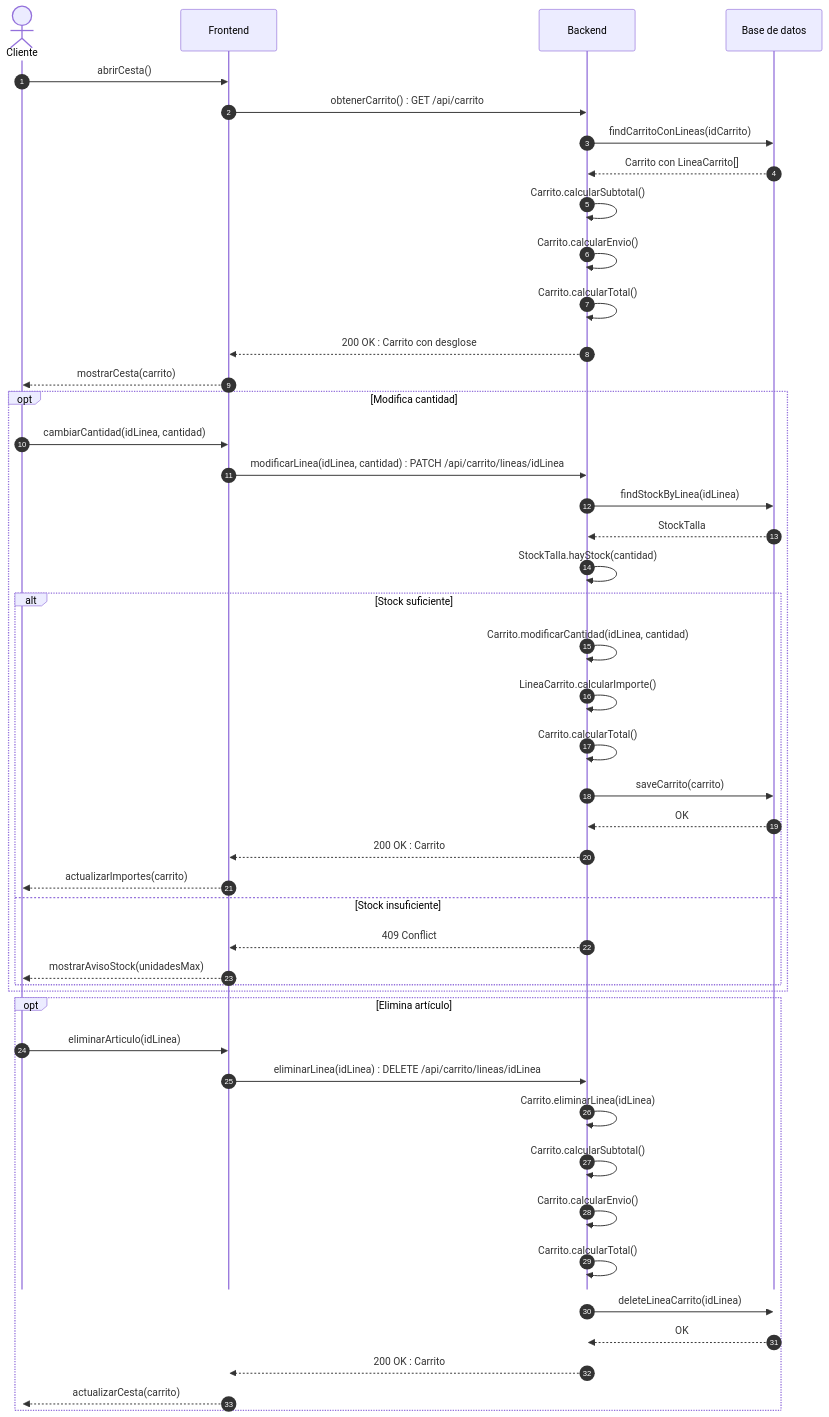
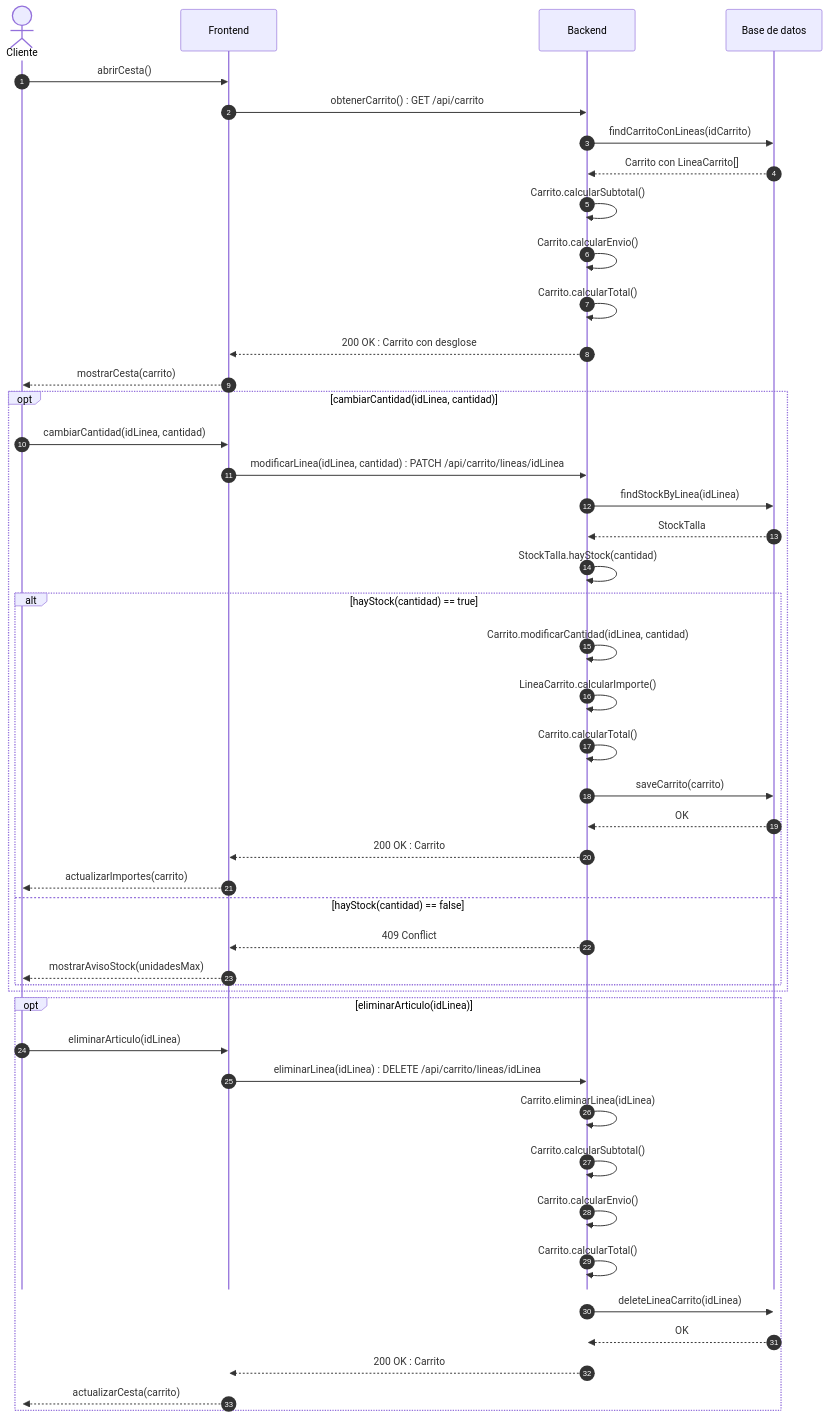
One commit to ajgarciarias10/PR3GPS changed the diagram in Practica3_G11_LaTeX/codigo/sec_us03.mmd. Above: the diagram before and after it, drawn with Mermaid. The commit also changed 22 other files, not shown here.

```diff
--- a/Practica3_G11_LaTeX/codigo/sec_us03.mmd
+++ b/Practica3_G11_LaTeX/codigo/sec_us03.mmd
@@ -1,47 +1,47 @@
 %%{init: {'sequence': {'mirrorActors': false}}}%%
 sequenceDiagram
     autonumber
     actor U as Cliente
     participant FE as Frontend
     participant BE as Backend
     participant DB as Base de datos
     U->>FE: abrirCesta()
     FE->>BE: obtenerCarrito() : GET /api/carrito
     BE->>DB: findCarritoConLineas(idCarrito)
     DB-->>BE: Carrito con LineaCarrito[]
     BE->>BE: Carrito.calcularSubtotal()
     BE->>BE: Carrito.calcularEnvio()
     BE->>BE: Carrito.calcularTotal()
     BE-->>FE: 200 OK : Carrito con desglose
     FE-->>U: mostrarCesta(carrito)
-    opt Modifica cantidad
+    opt cambiarCantidad(idLinea, cantidad)
         U->>FE: cambiarCantidad(idLinea, cantidad)
         FE->>BE: modificarLinea(idLinea, cantidad) : PATCH /api/carrito/lineas/idLinea
         BE->>DB: findStockByLinea(idLinea)
         DB-->>BE: StockTalla
         BE->>BE: StockTalla.hayStock(cantidad)
-        alt Stock suficiente
+        alt hayStock(cantidad) == true
             BE->>BE: Carrito.modificarCantidad(idLinea, cantidad)
             BE->>BE: LineaCarrito.calcularImporte()
             BE->>BE: Carrito.calcularTotal()
             BE->>DB: saveCarrito(carrito)
             DB-->>BE: OK
             BE-->>FE: 200 OK : Carrito
             FE-->>U: actualizarImportes(carrito)
-        else Stock insuficiente
+        else hayStock(cantidad) == false
             BE-->>FE: 409 Conflict
             FE-->>U: mostrarAvisoStock(unidadesMax)
         end
     end
-    opt Elimina artículo
+    opt eliminarArticulo(idLinea)
         U->>FE: eliminarArticulo(idLinea)
         FE->>BE: eliminarLinea(idLinea) : DELETE /api/carrito/lineas/idLinea
         BE->>BE: Carrito.eliminarLinea(idLinea)
         BE->>BE: Carrito.calcularSubtotal()
         BE->>BE: Carrito.calcularEnvio()
         BE->>BE: Carrito.calcularTotal()
         BE->>DB: deleteLineaCarrito(idLinea)
         DB-->>BE: OK
         BE-->>FE: 200 OK : Carrito
         FE-->>U: actualizarCesta(carrito)
     end
```
